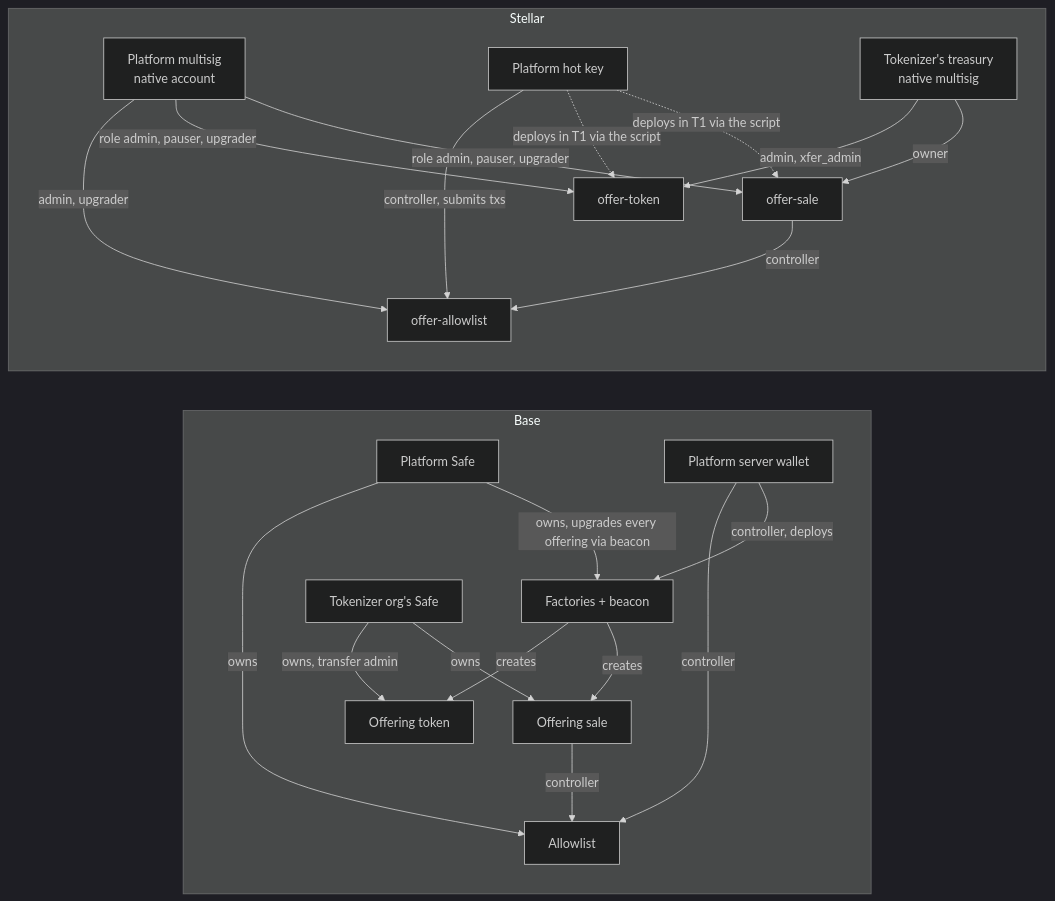
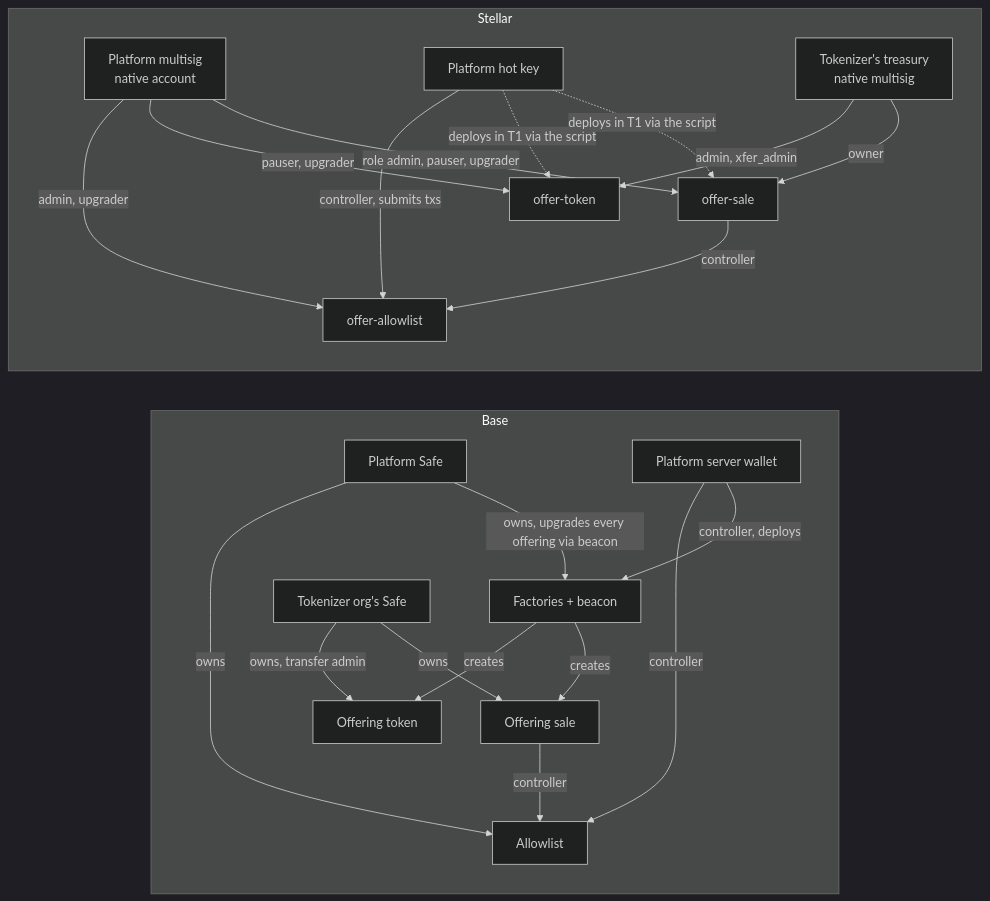
Before and after one commit to BWB-Labs/bwb-stellar: the second of 2 diagrams in docs/interface.md, drawn with Mermaid (dark theme). The commit also changed other lines of this file and 2 other files, not shown here.

````diff
--- a/docs/interface.md
+++ b/docs/interface.md
@@ -160,40 +162,40 @@
 ```mermaid
 flowchart LR
   subgraph Base
     direction TB
     PS[Platform Safe]
     PW[Platform server wallet]
     OS[Tokenizer org's Safe]
     BAL[Allowlist]
     BF[Factories + beacon]
     BT[Offering token]
     BS[Offering sale]
     PS -->|owns| BAL
     PS -->|owns, upgrades every offering via beacon| BF
     PW -->|controller| BAL
     PW -->|controller, deploys| BF
     BF -->|creates| BT
     BF -->|creates| BS
     OS -->|owns, transfer admin| BT
     OS -->|owns| BS
     BS -->|controller| BAL
   end
   subgraph Stellar
     direction TB
     PM[Platform multisig<br/>native account]
     HK[Platform hot key]
     IT[Tokenizer's treasury<br/>native multisig]
     SAL[offer-allowlist]
     ST[offer-token]
     SS[offer-sale]
     PM -->|admin, upgrader| SAL
-    PM -->|role admin, pauser, upgrader| ST
+    PM -->|pauser, upgrader| ST
     PM -->|role admin, pauser, upgrader| SS
     HK -->|controller, submits txs| SAL
     HK -.->|deploys in T1 via the script| ST
     HK -.->|deploys in T1 via the script| SS
     IT -->|admin, xfer_admin| ST
     IT -->|owner| SS
     SS -->|controller| SAL
   end
 ```
````
